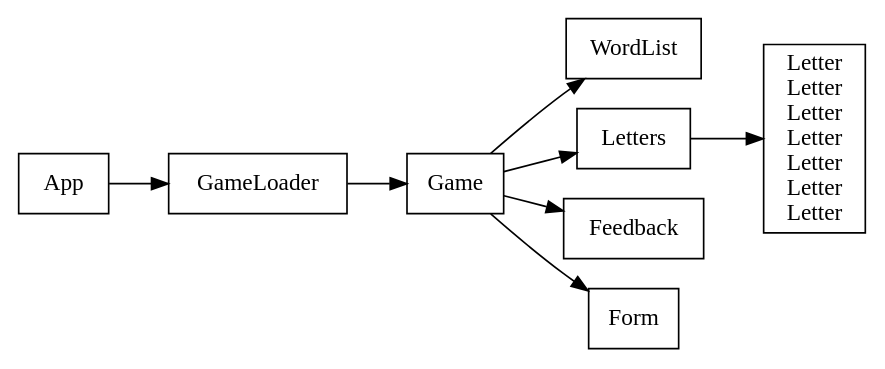
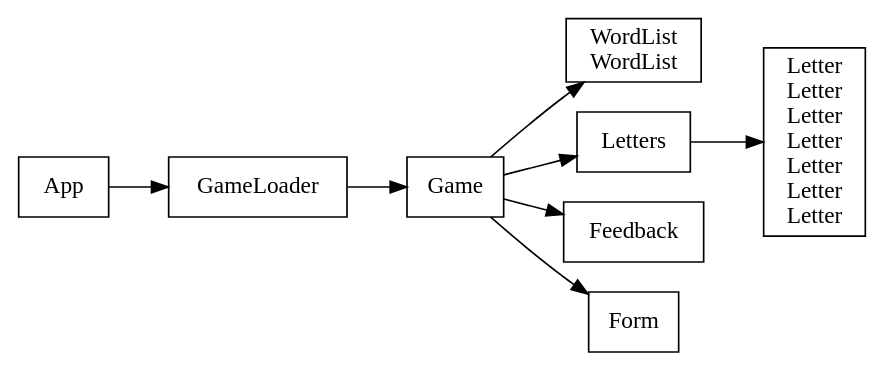
The diagram in meta/diagram.dot (joelburton/freebee), drawn with Graphviz before and after one commit. The commit also changed 1 other file, not shown here.

```diff
--- a/meta/diagram.dot
+++ b/meta/diagram.dot
@@ -1,8 +1,9 @@
 digraph freebee {
     rankdir=LR
     graph [margin=0]
     node [shape=rect]
     App -> GameLoader -> Game -> { WordList, Letters, Feedback, Form }
     Letters -> Letter
     Letter [label="Letter\nLetter\nLetter\nLetter\nLetter\nLetter\nLetter"]
+    WordList [label="WordList\nWordList"]
 }
```
